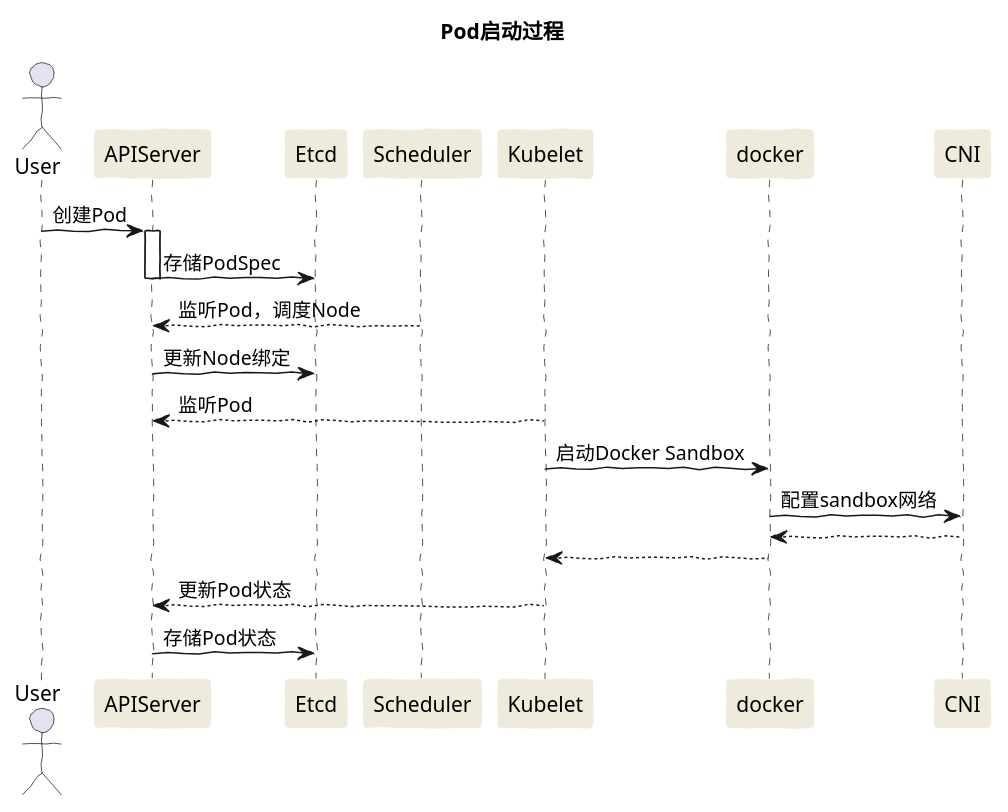
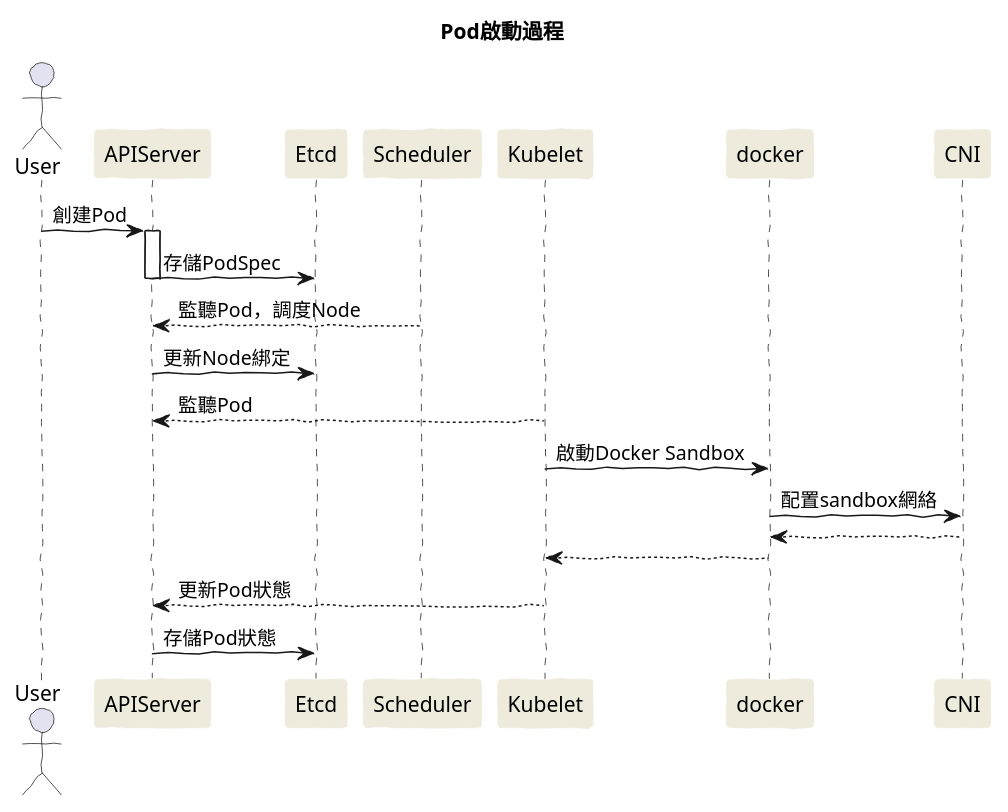
Before and after one commit to feiskyer/kubernetes-handbook: the diagram in components/images/pod.puml, drawn with PlantUML. The commit also changed 199 other files, not shown here.

```diff
--- a/components/images/pod.puml
+++ b/components/images/pod.puml
@@ -1,27 +1,27 @@
 @startuml
-title Pod启动过程
+title Pod啟動過程
 
 skinparam handwritten true
 skinparam ParticipantBackgroundColor #EEEBDC
 skinparam ParticipantBorderColor #FFFFFF
 
 actor User
 
-User -> APIServer : 创建Pod
+User -> APIServer : 創建Pod
 activate APIServer
-APIServer -> Etcd : 存储PodSpec
+APIServer -> Etcd : 存儲PodSpec
 deactivate APIServer
 
-Scheduler --> APIServer : 监听Pod，调度Node
+Scheduler --> APIServer : 監聽Pod，調度Node
 
-APIServer -> Etcd : 更新Node绑定
+APIServer -> Etcd : 更新Node綁定
 
-Kubelet --> APIServer : 监听Pod
-Kubelet -> docker : 启动Docker Sandbox
-docker -> CNI : 配置sandbox网络
+Kubelet --> APIServer : 監聽Pod
+Kubelet -> docker : 啟動Docker Sandbox
+docker -> CNI : 配置sandbox網絡
 CNI --> docker
 docker --> Kubelet
-Kubelet --> APIServer : 更新Pod状态
-APIServer -> Etcd : 存储Pod状态
+Kubelet --> APIServer : 更新Pod狀態
+APIServer -> Etcd : 存儲Pod狀態
 
 @enduml
```
